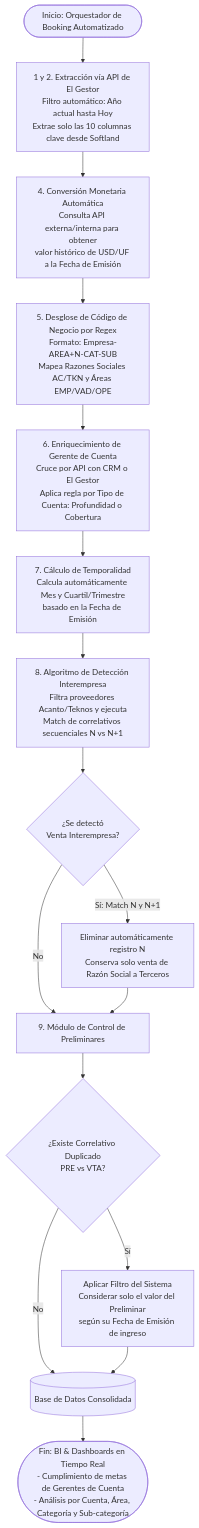
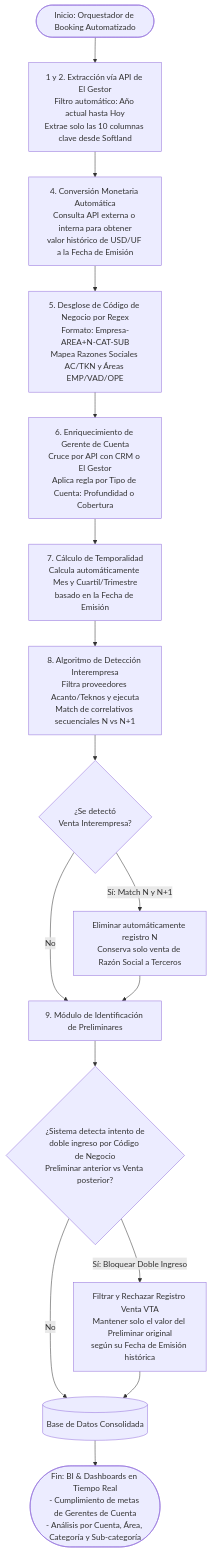
One commit to InsectoTeatro9/mermaid-2 changed the diagram in README.md. Above: the diagram before and after it, drawn with Mermaid. The commit also changed other lines of this file, not shown here.

````diff
--- a/README.md
+++ b/README.md
@@ -1,28 +1,28 @@
 ```mermaid
 flowchart TD
     Start([Inicio: Orquestador de Booking Automatizado]) --> API_Extract[1 y 2. Extracción vía API de El Gestor<br>Filtro automático: Año actual hasta Hoy<br>Extrae solo las 10 columnas clave desde Softland]
     
-    API_Extract --> API_Currency[4. Conversión Monetaria Automática<br>Consulta API externa/interna para obtener<br>valor histórico de USD/UF a la Fecha de Emisión]
+    API_Extract --> API_Currency[4. Conversión Monetaria Automática<br>Consulta API externa o interna para obtener<br>valor histórico de USD/UF a la Fecha de Emisión]
     
     API_Currency --> Auto_Parse[5. Desglose de Código de Negocio por Regex<br>Formato: Empresa-AREA+N-CAT-SUB<br>Mapea Razones Sociales AC/TKN y Áreas EMP/VAD/OPE]
     
     Auto_Parse --> API_CRM[6. Enriquecimiento de Gerente de Cuenta<br>Cruce por API con CRM o El Gestor<br>Aplica regla por Tipo de Cuenta: Profundidad o Cobertura]
     
     API_CRM --> Auto_Time[7. Cálculo de Temporalidad<br>Calcula automáticamente Mes y Cuartil/Trimestre<br>basado en la Fecha de Emisión]
     
     Auto_Time --> Filter_Inter[8. Algoritmo de Detección Interempresa<br>Filtra proveedores Acanto/Teknos y ejecuta<br>Match de correlativos secuenciales N vs N+1]
     
     Filter_Inter --> Ctrl_Inter{¿Se detectó<br>Venta Interempresa?}
     Ctrl_Inter -->|Sí: Match N y N+1| Del_Inter[Eliminar automáticamente registro N<br>Conserva solo venta de Razón Social a Terceros]
-    Ctrl_Inter -->|No| Filter_Prelim[9. Módulo de Control de Preliminares]
+    Ctrl_Inter -->|No| Filter_Prelim[9. Módulo de Identificación de Preliminares]
     
     Del_Inter --> Filter_Prelim
     
-    Filter_Prelim --> Ctrl_Prelim{¿Existe Correlativo Duplicado<br>PRE vs VTA?}
-    Ctrl_Prelim -->|Sí| Adj_Prelim[Aplicar Filtro del Sistema<br>Considerar solo el valor del Preliminar<br>según su Fecha de Emisión de ingreso]
-    Ctrl_Prelim -->|No| DB_Final[(Base de Datos Consolidada)]
+    Filter_Prelim --> Ctrl_Duplicado{¿Sistema detecta intento de<br>doble ingreso por Código de Negocio<br>Preliminar anterior vs Venta posterior?}
+    Ctrl_Duplicado -->|Sí: Bloquear Doble Ingreso| Reject_VTA[Filtrar y Rechazar Registro Venta VTA<br>Mantener solo el valor del Preliminar original<br>según su Fecha de Emisión histórica]
+    Ctrl_Duplicado -->|No| DB_Final[(Base de Datos Consolidada)]
     
-    Adj_Prelim --> DB_Final
+    Reject_VTA --> DB_Final
     
     DB_Final --> Dashboards([Fin: BI & Dashboards en Tiempo Real<br>- Cumplimiento de metas de Gerentes de Cuenta<br>- Análisis por Cuenta, Área, Categoría y Sub-categoría])
-   ```
+  ```
````
